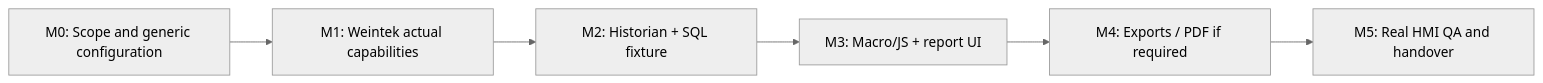
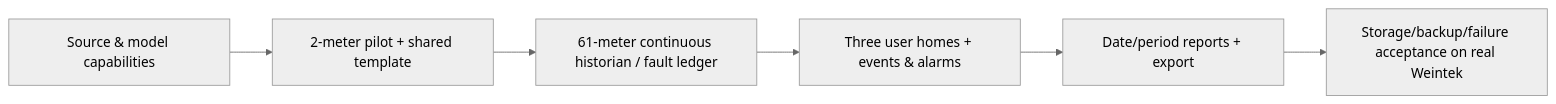
Before and after one commit to raohassandev/Weintek-Macro-Javascript-based-reporting: the fifth of 5 diagrams in docs/VISUAL_PLAN.md, drawn with Mermaid (neutral theme). The commit also changed other lines of this file and 27 other files, not shown here.

Commit message:
feat: Weintek-only UCS architecture, role homes and HTML/demo research (#26)

````diff
--- a/docs/VISUAL_PLAN.md
+++ b/docs/VISUAL_PLAN.md
@@ -57,8 +75,8 @@
 ```mermaid
 flowchart LR
-    M0["M0: Scope and generic configuration"] --> M1["M1: Weintek actual capabilities"]
-    M1 --> M2["M2: Historian + SQL fixture"]
-    M2 --> M3["M3: Macro/JS + report UI"]
-    M3 --> M4["M4: Exports / PDF if required"]
-    M4 --> M5["M5: Real HMI QA and handover"]
+ A["Source & model capabilities"] --> B["2-meter pilot + shared template"]
+ B --> C["61-meter continuous historian / fault ledger"]
+ C --> D["Three user homes + events & alarms"]
+ D --> E["Date/period reports + export"]
+ E --> F["Storage/backup/failure acceptance on real Weintek"]
 ```
````
